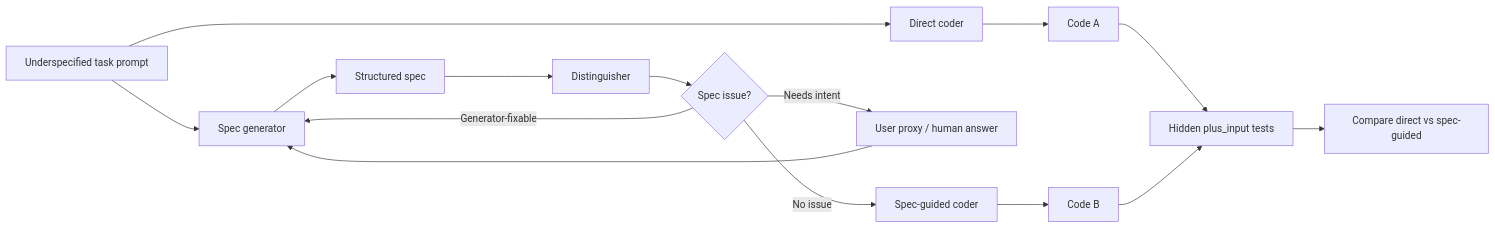
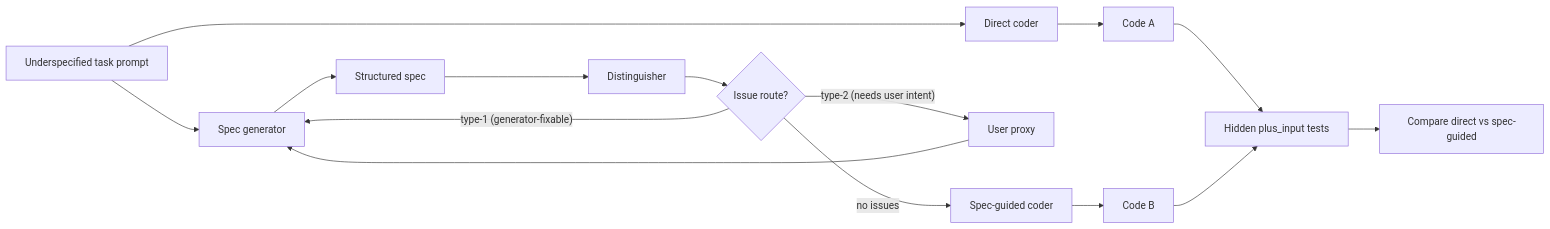
One commit to aimir/idcs changed the diagram in docs/apart-hackathon-submission.md. Above: the diagram before and after it, drawn with Mermaid. The commit also changed other lines of this file and 5 other files, not shown here.

````diff
--- a/docs/apart-hackathon-submission.md
+++ b/docs/apart-hackathon-submission.md
@@ -59,19 +42,18 @@
 ```mermaid
 flowchart LR
     A["Underspecified task prompt"] --> B["Direct coder"]
     B --> C["Code A"]
     C --> D["Hidden plus_input tests"]
 
     A --> E["Spec generator"]
     E --> F["Structured spec"]
     F --> G["Distinguisher"]
-    G --> H{"Spec issue?"}
-    H -- "Generator-fixable" --> E
-    H -- "Needs intent" --> I["User proxy / human answer"]
+    G --> H{"Issue route?"}
+    H -- "type-1 (generator-fixable)" --> E
+    H -- "type-2 (needs user intent)" --> I["User proxy"]
     I --> E
-    H -- "No issue" --> J["Spec-guided coder"]
+    H -- "no issues" --> J["Spec-guided coder"]
     J --> K["Code B"]
     K --> D
-
     D --> L["Compare direct vs spec-guided"]
 ```
````
